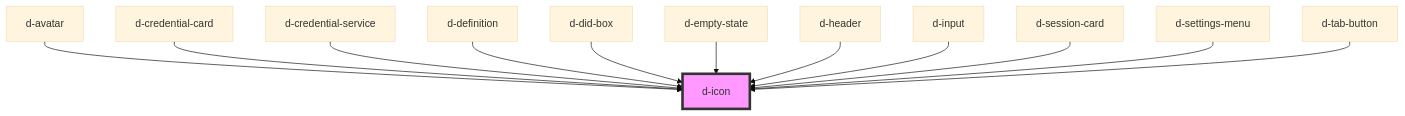
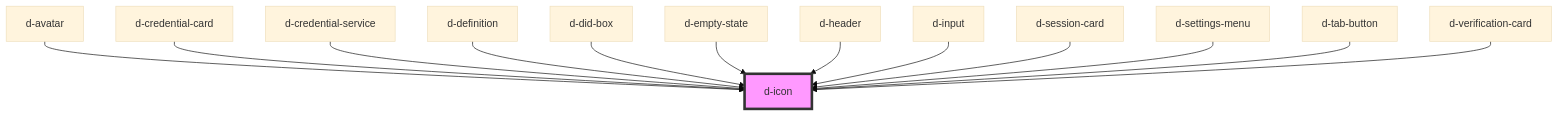
The diagram in src/components/icon/readme.md (ForkbombEu/didroom-components), drawn with Mermaid (base theme) before and after one commit. The commit also changed other lines of this file and 20 other files, not shown here.

First line of the commit message:
feat: verification card (#162)

````diff
--- a/src/components/icon/readme.md
+++ b/src/components/icon/readme.md
@@ -34,15 +35,16 @@
 ```mermaid
 graph TD;
   d-avatar --> d-icon
   d-credential-card --> d-icon
   d-credential-service --> d-icon
   d-definition --> d-icon
   d-did-box --> d-icon
   d-empty-state --> d-icon
   d-header --> d-icon
   d-input --> d-icon
   d-session-card --> d-icon
   d-settings-menu --> d-icon
   d-tab-button --> d-icon
+  d-verification-card --> d-icon
   style d-icon fill:#f9f,stroke:#333,stroke-width:4px
 ```
````
